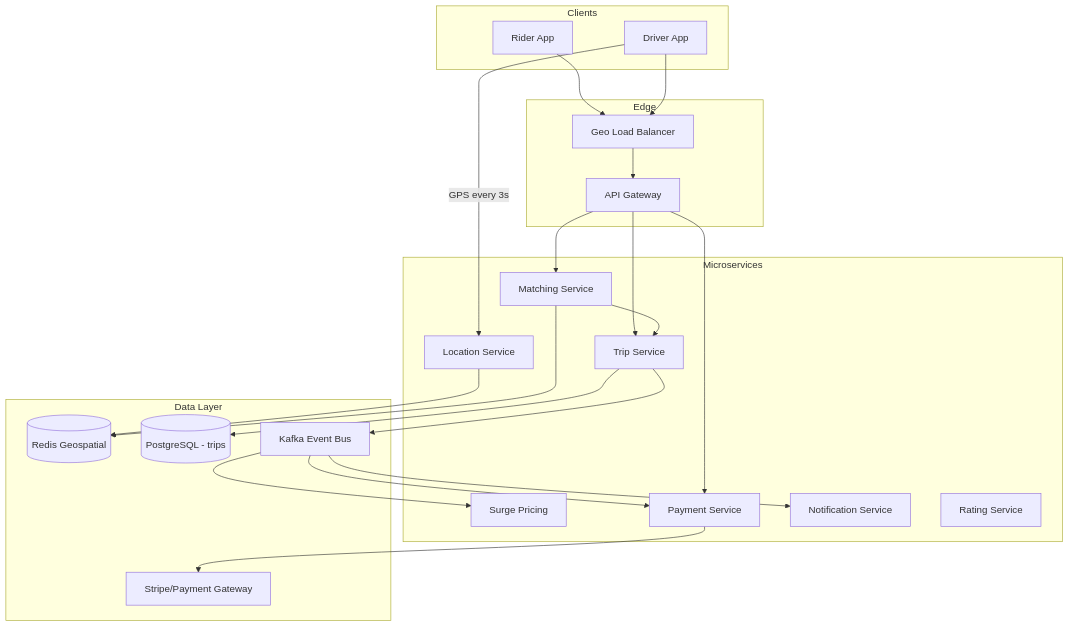
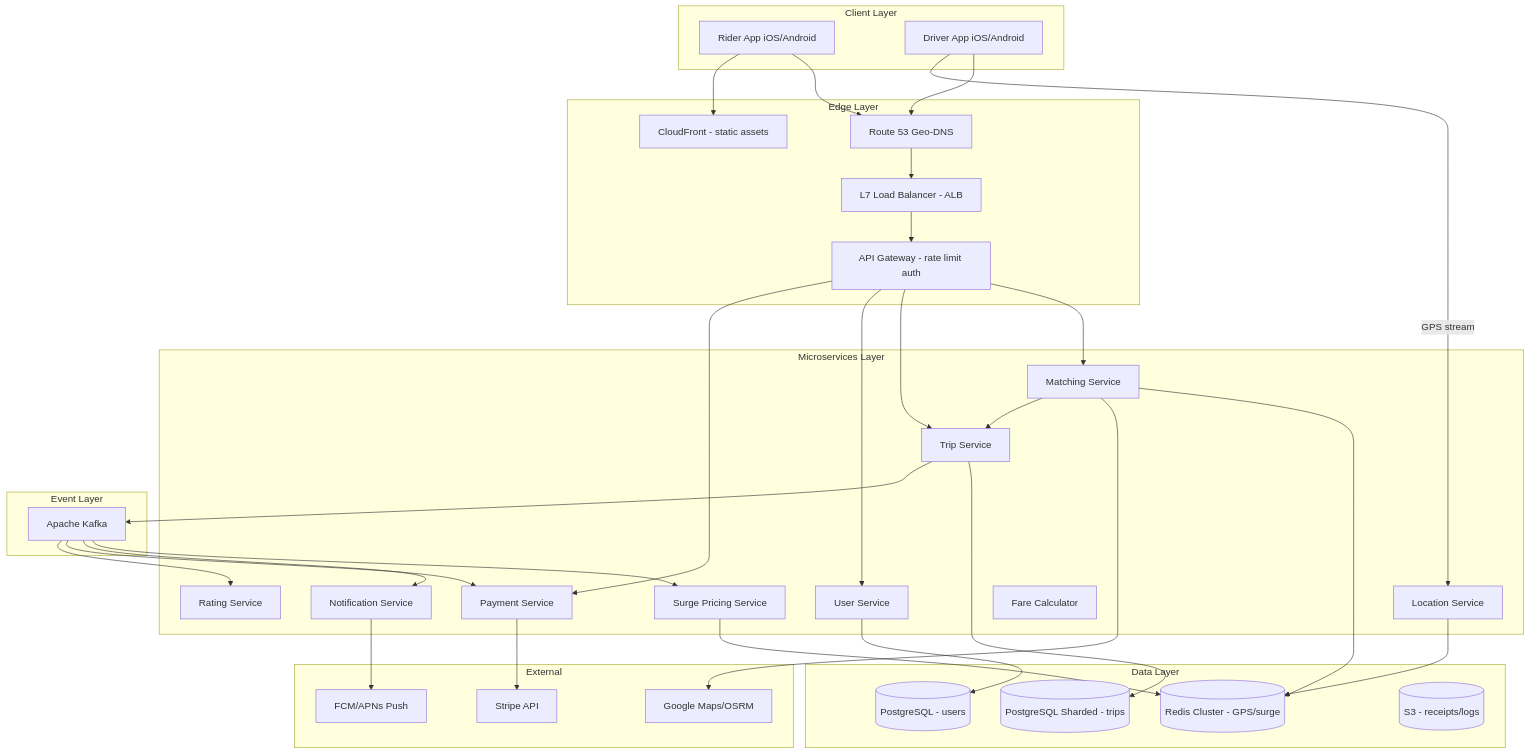
The first of 11 diagrams in system-design/uber/README.md (amarkum/python-datastructures), drawn with Mermaid before and after one commit. The commit also changed other lines of this file and 6 other files, not shown here.

First line of the commit message:
Expand system design guides with detailed diagrams, schemas, and indexing.

````diff
--- a/system-design/uber/README.md
+++ b/system-design/uber/README.md
@@ -41,46 +64,68 @@
 ```mermaid
 flowchart TB
-    subgraph clients [Clients]
-        Rider[Rider App]
-        Driver[Driver App]
+    subgraph clients [Client Layer]
+        RA[Rider App iOS/Android]
+        DA[Driver App iOS/Android]
     end
 
-    subgraph edge [Edge]
-        LB[Geo Load Balancer]
-        API[API Gateway]
+    subgraph edge [Edge Layer]
+        DNS[Route 53 Geo-DNS]
+        CDN[CloudFront - static assets]
+        LB[L7 Load Balancer - ALB]
+        GW[API Gateway - rate limit auth]
     end
 
-    subgraph services [Microservices]
+    subgraph services [Microservices Layer]
         Match[Matching Service]
         Trip[Trip Service]
         Loc[Location Service]
-        Surge[Surge Pricing]
+        Surge[Surge Pricing Service]
         Pay[Payment Service]
+        User[User Service]
         Notify[Notification Service]
         Rating[Rating Service]
+        Fare[Fare Calculator]
+    end
+
+    subgraph messaging [Event Layer]
+        Kafka[Apache Kafka]
     end
 
     subgraph data [Data Layer]
-        Redis[(Redis Geospatial)]
-        PG[(PostgreSQL - trips)]
-        Kafka[Kafka Event Bus]
-        Stripe[Stripe/Payment Gateway]
+        Redis[(Redis Cluster - GPS/surge)]
+        PG[(PostgreSQL Sharded - trips)]
+        PGUser[(PostgreSQL - users)]
+        S3[(S3 - receipts/logs)]
     end
 
-    Rider --> LB
-    Driver --> LB
-    LB --> API
-    API --> Match
-    API --> Trip
-    API --> Pay
-    Driver -->|GPS every 3s| Loc
+    subgraph external [External]
+        Stripe[Stripe API]
+        Maps[Google Maps/OSRM]
+        FCM[FCM/APNs Push]
+    end
+
+    RA --> DNS
+    DA --> DNS
+    DNS --> LB
+    RA --> CDN
+    LB --> GW
+    GW --> Match
+    GW --> Trip
+    GW --> User
+    GW --> Pay
+    DA -->|GPS stream| Loc
     Loc --> Redis
     Match --> Redis
+    Match --> Maps
     Match --> Trip
     Trip --> PG
     Trip --> Kafka
     Kafka --> Surge
     Kafka --> Notify
     Kafka --> Pay
+    Kafka --> Rating
+    Surge --> Redis
     Pay --> Stripe
+    Notify --> FCM
+    User --> PGUser
 ```
````
